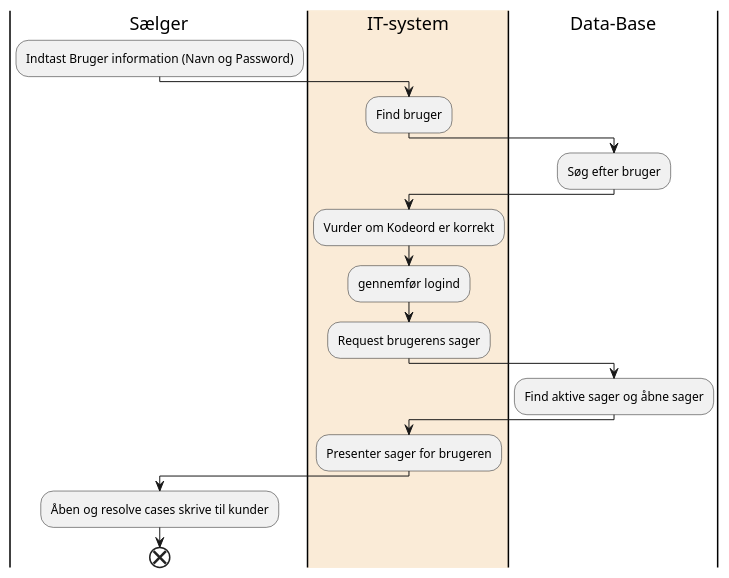
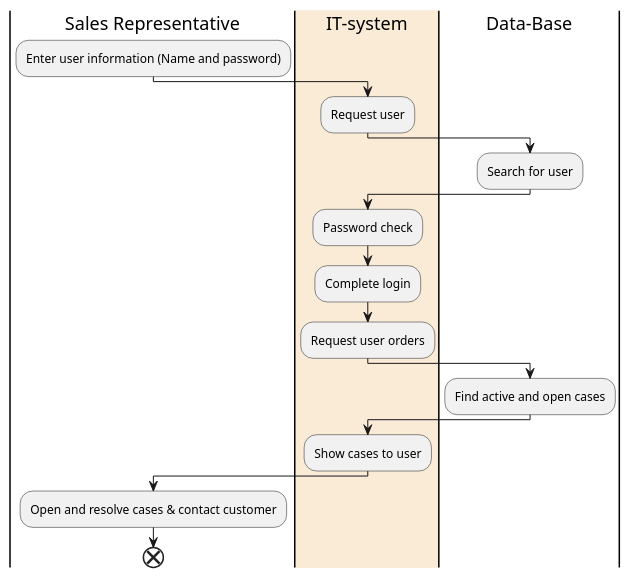
One commit to cph-mn521/FOG changed the diagram in src/main/resources/Sælger_IT.puml. Above: the diagram before and after it, drawn with PlantUML.

Commit message:
SÆLGER oversat

```diff
--- a/src/main/resources/Sælger_IT.puml
+++ b/src/main/resources/Sælger_IT.puml
@@ -1,19 +1,19 @@
 @startuml
-|Sælger|
-:Indtast Bruger information (Navn og Password);
+|Sales Representative|
+:Enter user information (Name and password);
 |#AntiqueWhite|IT-system|
-:Find bruger;
+:Request user;
 |Data-Base|
-:Søg efter bruger;
+:Search for user;
 |IT-system|
-:Vurder om Kodeord er korrekt;
-:gennemfør logind;
-:Request brugerens sager;
+:Password check;
+:Complete login;
+:Request user orders;
 |Data-Base|
-:Find aktive sager og åbne sager;
+:Find active and open cases;
 |IT-system|
-:Presenter sager for brugeren;
-|Sælger|
-:Åben og resolve cases skrive til kunder;
+:Show cases to user;
+|Sales Representative|
+:Open and resolve cases & contact customer;
 end
 @enduml
```
